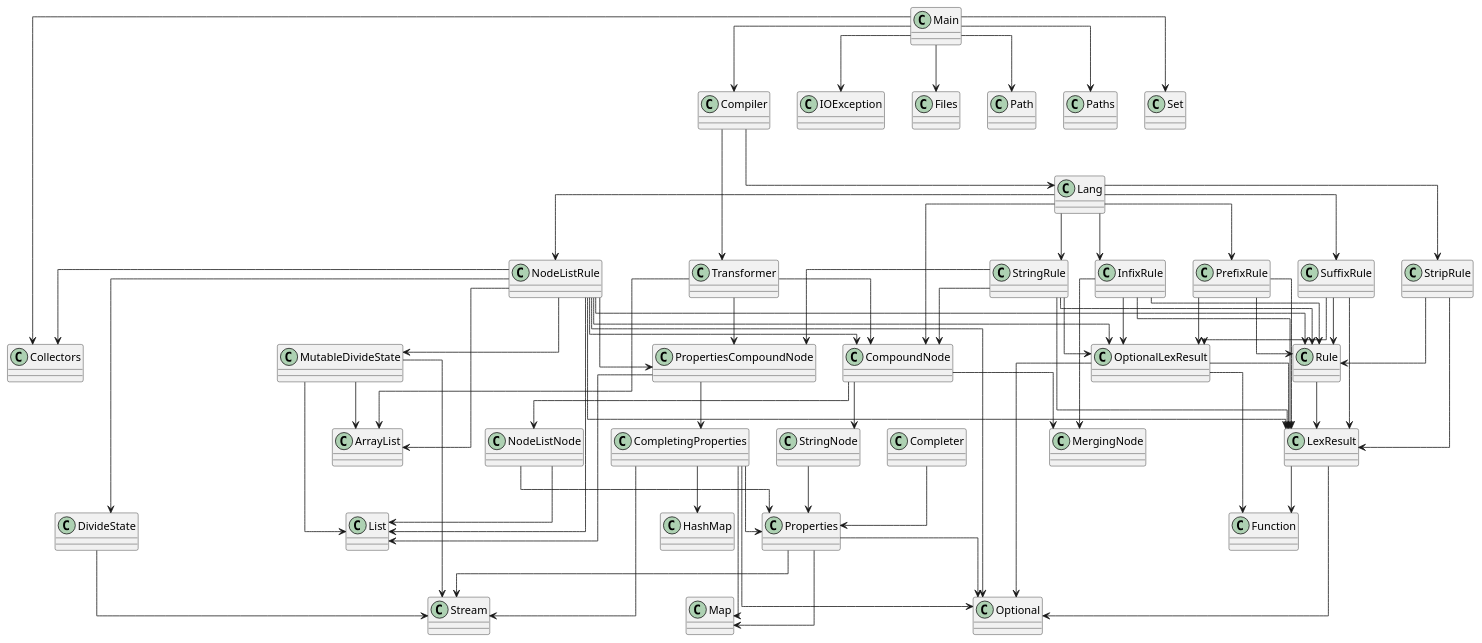
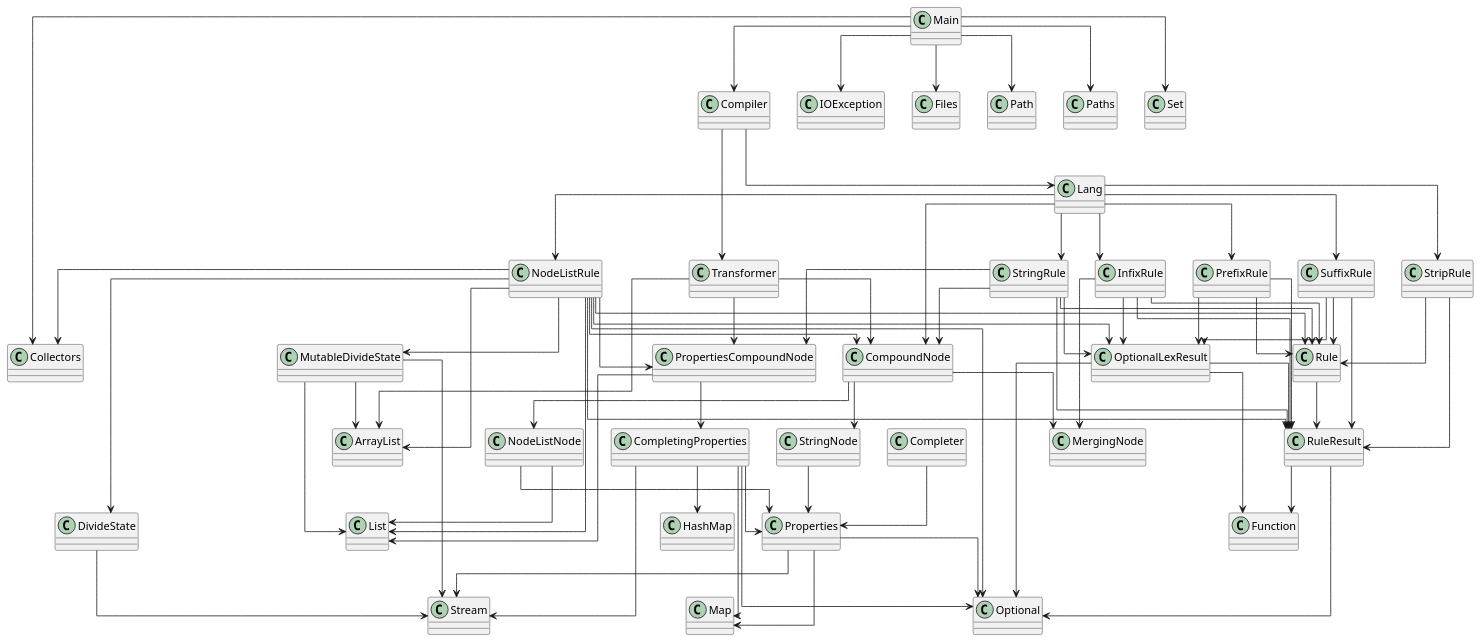
One commit to SirMathhman/Magma changed the diagram in diagram.puml. Above: the diagram before and after it, drawn with PlantUML. The commit also changed 10 other files, not shown here.

```diff
--- a/diagram.puml
+++ b/diagram.puml
@@ -1,100 +1,100 @@
 @startuml
 skinparam linetype ortho
 class PropertiesCompoundNode
 PropertiesCompoundNode --> CompletingProperties
 PropertiesCompoundNode --> List
 class Transformer
 Transformer --> CompoundNode
 Transformer --> PropertiesCompoundNode
 Transformer --> ArrayList
 class MutableDivideState
 MutableDivideState --> ArrayList
 MutableDivideState --> List
 MutableDivideState --> Stream
 class InfixRule
 InfixRule --> Rule
 InfixRule --> MergingNode
-InfixRule --> LexResult
+InfixRule --> RuleResult
 InfixRule --> OptionalLexResult
 class NodeListRule
 NodeListRule --> Rule
 NodeListRule --> CompoundNode
 NodeListRule --> PropertiesCompoundNode
 NodeListRule --> DivideState
 NodeListRule --> MutableDivideState
-NodeListRule --> LexResult
+NodeListRule --> RuleResult
 NodeListRule --> OptionalLexResult
 NodeListRule --> ArrayList
 NodeListRule --> List
 NodeListRule --> Optional
 NodeListRule --> Collectors
 class DivideState
 DivideState --> Stream
+class RuleResult
+RuleResult --> Optional
+RuleResult --> Function
 class StripRule
 StripRule --> Rule
-StripRule --> LexResult
+StripRule --> RuleResult
 class MergingNode
 class OptionalLexResult
-OptionalLexResult --> LexResult
+OptionalLexResult --> RuleResult
 OptionalLexResult --> Optional
 OptionalLexResult --> Function
 class Properties
 Properties --> Map
 Properties --> Optional
 Properties --> Stream
 class StringRule
 StringRule --> Rule
 StringRule --> CompoundNode
 StringRule --> PropertiesCompoundNode
-StringRule --> LexResult
+StringRule --> RuleResult
 StringRule --> OptionalLexResult
 class Rule
-Rule --> LexResult
+Rule --> RuleResult
 class Completer
 Completer --> Properties
 class PrefixRule
 PrefixRule --> Rule
-PrefixRule --> LexResult
+PrefixRule --> RuleResult
 PrefixRule --> OptionalLexResult
 class NodeListNode
 NodeListNode --> Properties
 NodeListNode --> List
 class CompoundNode
 CompoundNode --> MergingNode
 CompoundNode --> NodeListNode
 CompoundNode --> StringNode
 class CompletingProperties
 CompletingProperties --> Properties
 CompletingProperties --> HashMap
 CompletingProperties --> Map
 CompletingProperties --> Optional
 CompletingProperties --> Stream
-class LexResult
-LexResult --> Optional
-LexResult --> Function
 class Lang
 Lang --> CompoundNode
 Lang --> NodeListRule
 Lang --> InfixRule
 Lang --> PrefixRule
 Lang --> StringRule
 Lang --> StripRule
 Lang --> SuffixRule
 class Main
 Main --> Compiler
 Main --> IOException
 Main --> Files
 Main --> Path
 Main --> Paths
 Main --> Set
 Main --> Collectors
 class SuffixRule
 SuffixRule --> Rule
-SuffixRule --> LexResult
+SuffixRule --> RuleResult
 SuffixRule --> OptionalLexResult
 class Compiler
 Compiler --> Lang
 Compiler --> Transformer
 class StringNode
 StringNode --> Properties
 @enduml
```
